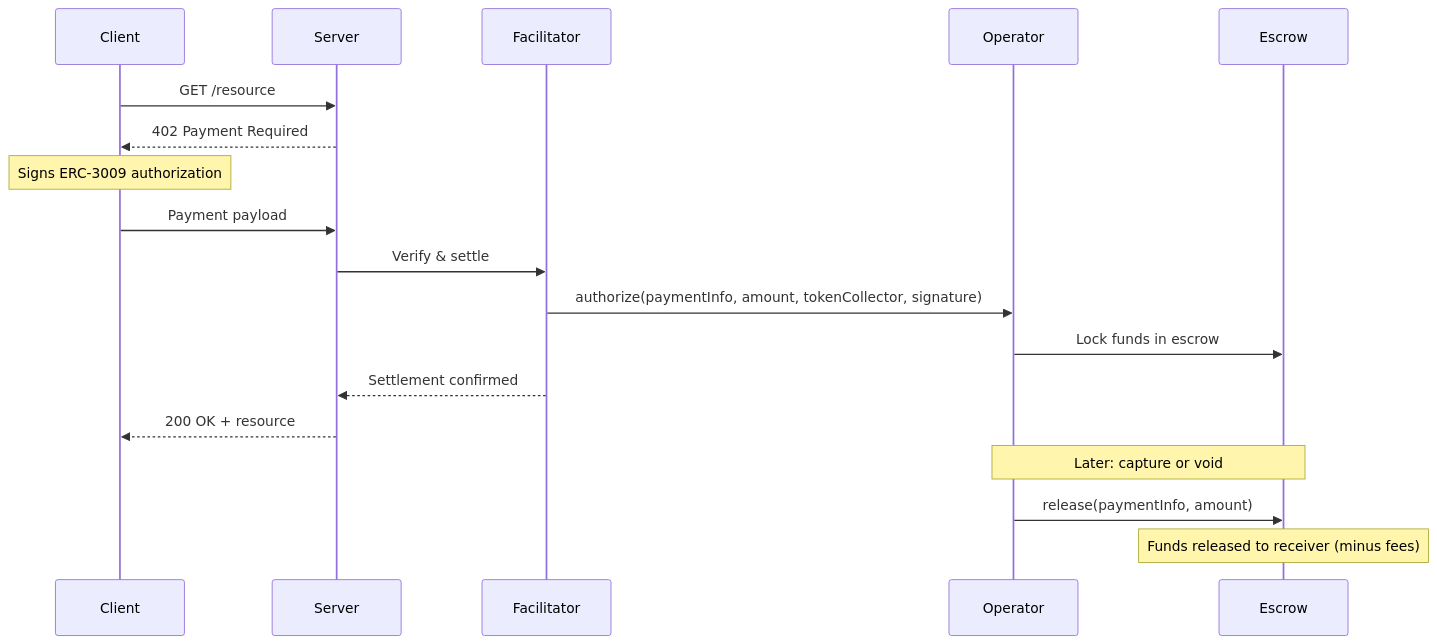
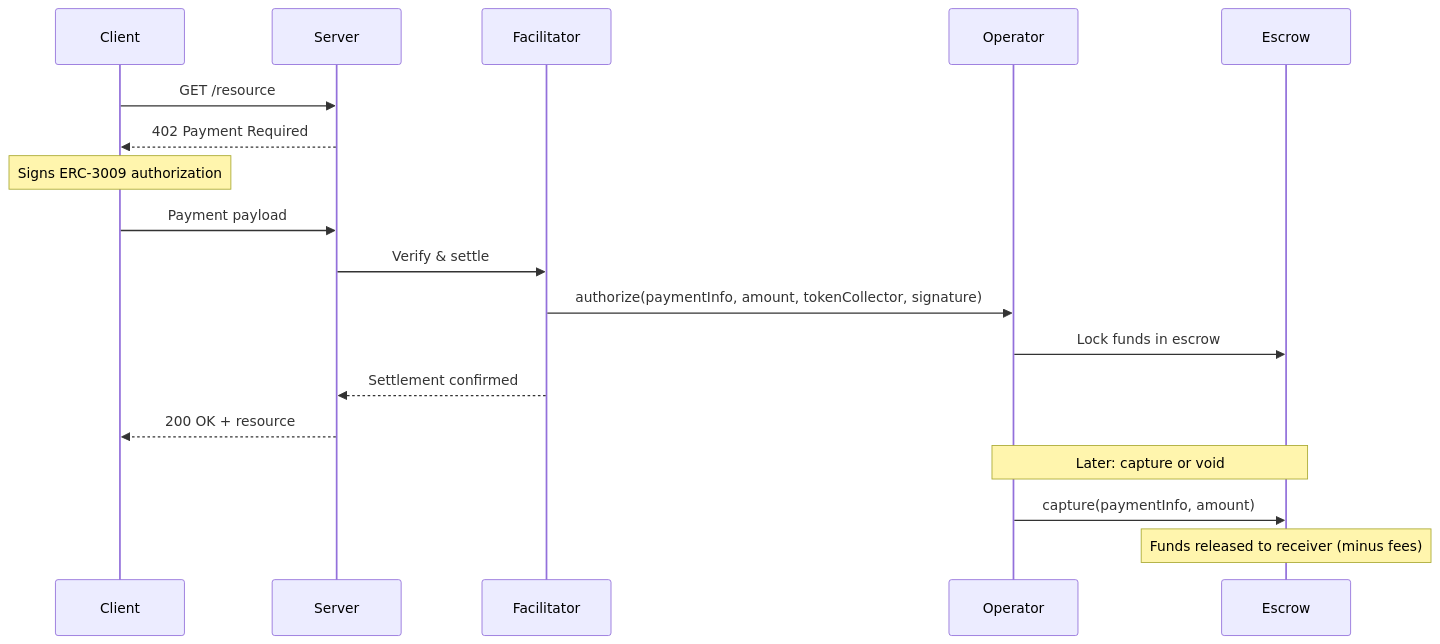
One commit to BackTrackCo/docs changed the diagram in x402-integration/overview.mdx. Above: the diagram before and after it, drawn with Mermaid. The commit also changed other lines of this file and 51 other files, not shown here.

````diff
--- a/x402-integration/overview.mdx
+++ b/x402-integration/overview.mdx
@@ -116,22 +116,22 @@
 ```mermaid
 sequenceDiagram
     participant Client
     participant Server
     participant Facilitator
     participant Operator
     participant Escrow
 
     Client->>Server: GET /resource
     Server-->>Client: 402 Payment Required
     Note over Client: Signs ERC-3009 authorization
     Client->>Server: Payment payload
     Server->>Facilitator: Verify & settle
     Facilitator->>Operator: authorize(paymentInfo, amount, tokenCollector, signature)
     Operator->>Escrow: Lock funds in escrow
     Facilitator-->>Server: Settlement confirmed
     Server-->>Client: 200 OK + resource
 
     Note over Operator,Escrow: Later: capture or void
-    Operator->>Escrow: release(paymentInfo, amount)
+    Operator->>Escrow: capture(paymentInfo, amount)
     Note over Escrow: Funds released to receiver (minus fees)
 ```
````
